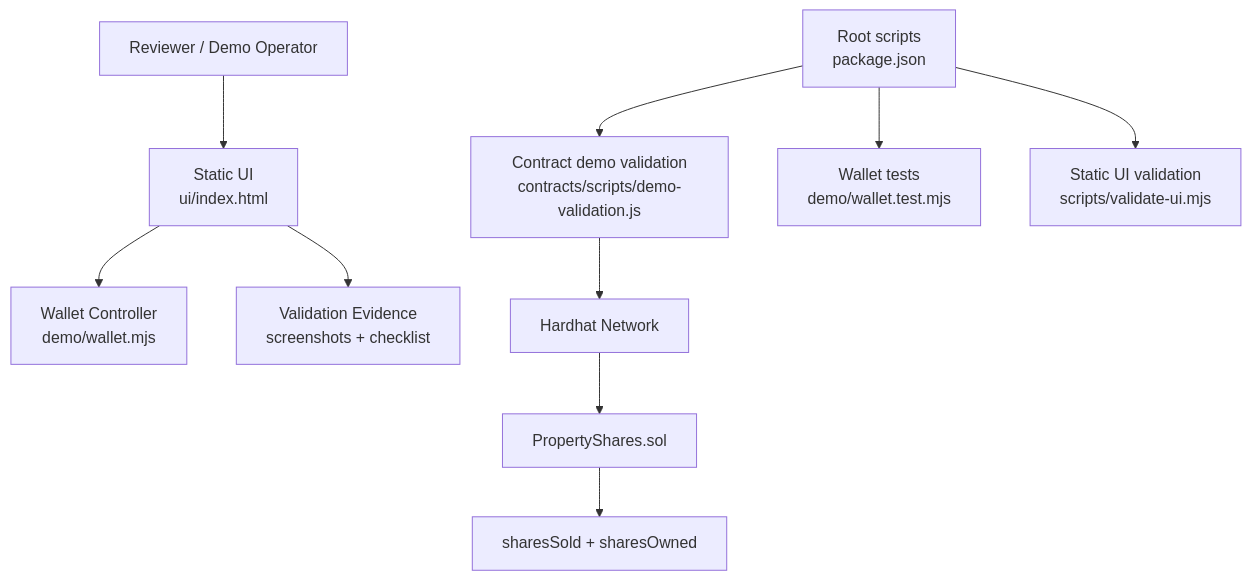
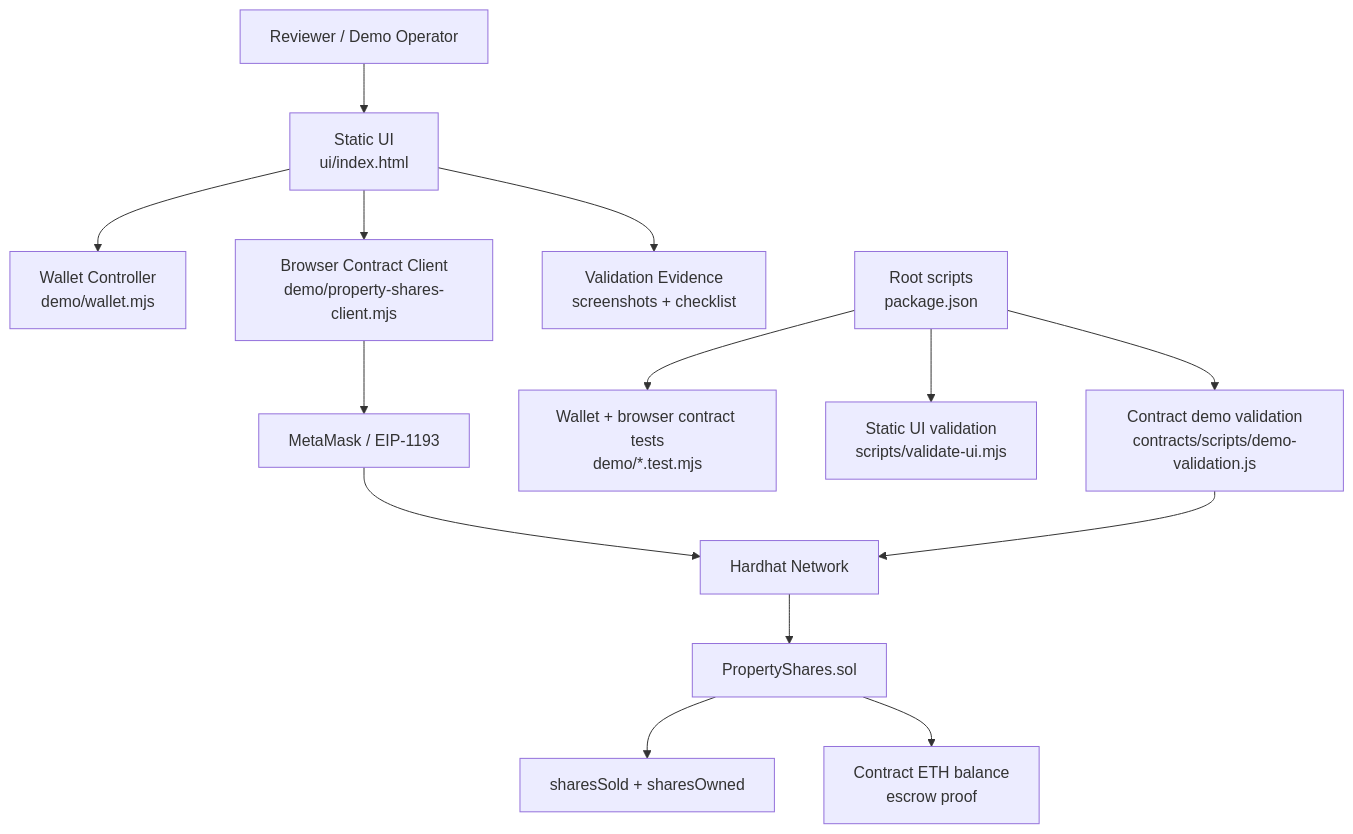
The first of 6 diagrams in README.md (elbarroca/Velixus-Lab), drawn with Mermaid before and after one commit. The commit also changed other lines of this file and 11 other files, not shown here.

````diff
--- a/README.md
+++ b/README.md
@@ -47,14 +53,18 @@
 ```mermaid
 flowchart TB
   Reviewer["Reviewer / Demo Operator"] --> UI["Static UI\nui/index.html"]
   UI --> Wallet["Wallet Controller\ndemo/wallet.mjs"]
+  UI --> BrowserContract["Browser Contract Client\ndemo/property-shares-client.mjs"]
   UI --> Evidence["Validation Evidence\nscreenshots + checklist"]
 
   RootScripts["Root scripts\npackage.json"] --> ContractDemo["Contract demo validation\ncontracts/scripts/demo-validation.js"]
-  RootScripts --> WalletTests["Wallet tests\ndemo/wallet.test.mjs"]
+  RootScripts --> WalletTests["Wallet + browser contract tests\ndemo/*.test.mjs"]
   RootScripts --> UiValidation["Static UI validation\nscripts/validate-ui.mjs"]
 
+  BrowserContract --> MetaMask["MetaMask / EIP-1193"]
+  MetaMask --> Hardhat
   ContractDemo --> Hardhat["Hardhat Network"]
   Hardhat --> Contract["PropertyShares.sol"]
   Contract --> State["sharesSold + sharesOwned"]
+  Contract --> Escrow["Contract ETH balance\nescrow proof"]
 ```
````
